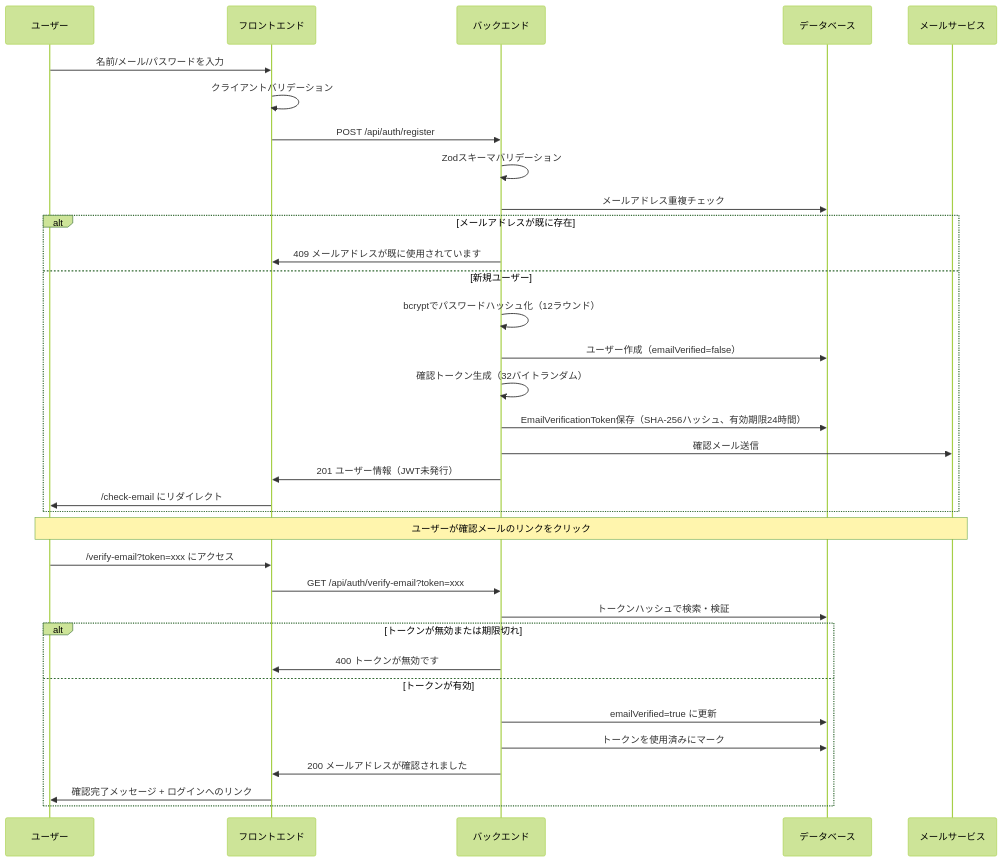
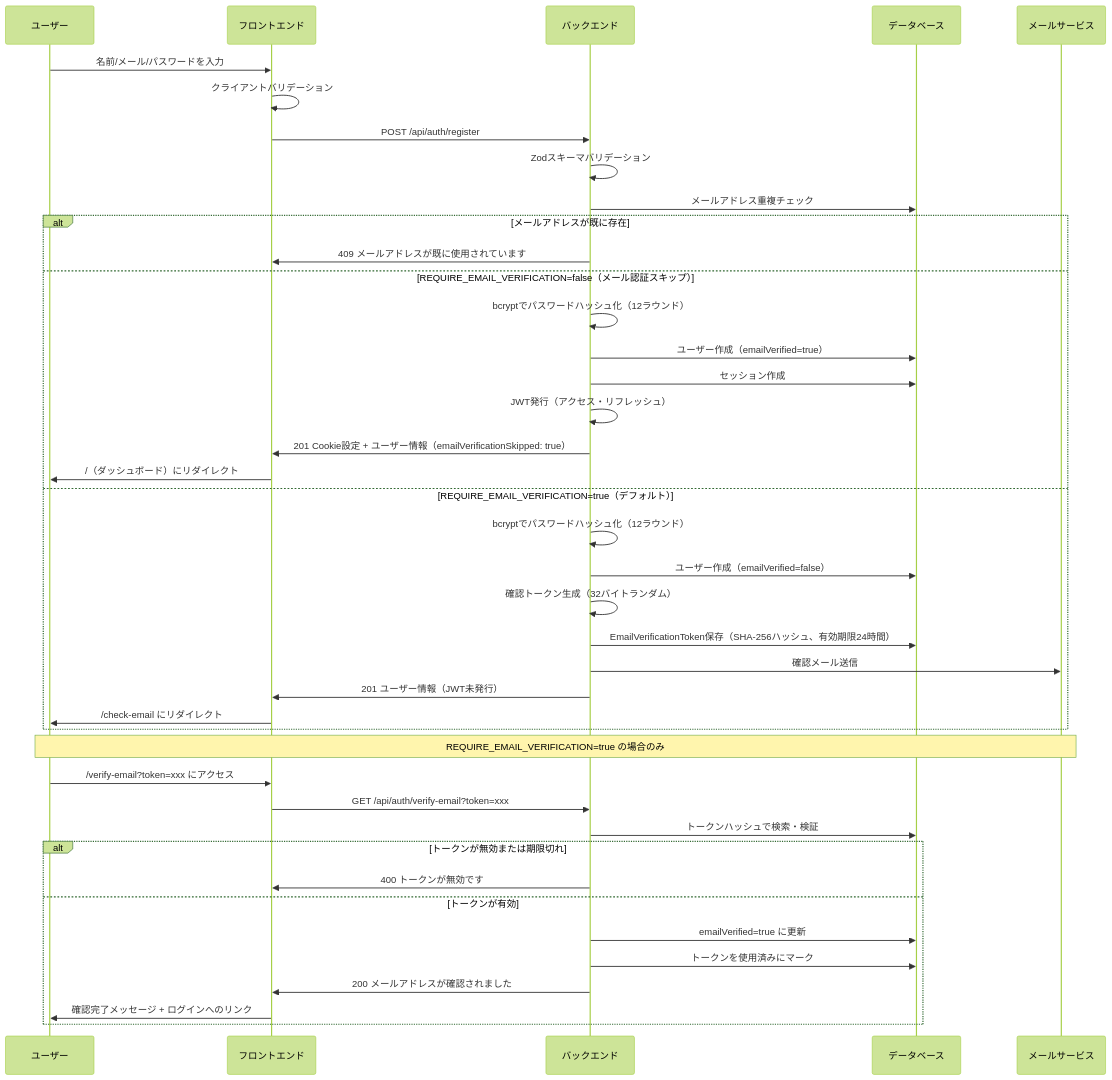
The second of 13 diagrams in docs/architecture/features/authentication.md (tsutsumi389/agentest), drawn with Mermaid (forest theme) before and after one commit. The commit also changed other lines of this file and 14 other files, not shown here.

First line of the commit message:
Add option to skip email verification (#239)

````diff
--- a/docs/architecture/features/authentication.md
+++ b/docs/architecture/features/authentication.md
@@ -245,39 +247,46 @@
 ```mermaid
 sequenceDiagram
     participant U as ユーザー
     participant F as フロントエンド
     participant B as バックエンド
     participant DB as データベース
     participant M as メールサービス
 
     U->>F: 名前/メール/パスワードを入力
     F->>F: クライアントバリデーション
     F->>B: POST /api/auth/register
     B->>B: Zodスキーマバリデーション
     B->>DB: メールアドレス重複チェック
     alt メールアドレスが既に存在
         B->>F: 409 メールアドレスが既に使用されています
-    else 新規ユーザー
+    else REQUIRE_EMAIL_VERIFICATION=false（メール認証スキップ）
+        B->>B: bcryptでパスワードハッシュ化（12ラウンド）
+        B->>DB: ユーザー作成（emailVerified=true）
+        B->>DB: セッション作成
+        B->>B: JWT発行（アクセス・リフレッシュ）
+        B->>F: 201 Cookie設定 + ユーザー情報（emailVerificationSkipped: true）
+        F->>U: /（ダッシュボード）にリダイレクト
+    else REQUIRE_EMAIL_VERIFICATION=true（デフォルト）
         B->>B: bcryptでパスワードハッシュ化（12ラウンド）
         B->>DB: ユーザー作成（emailVerified=false）
         B->>B: 確認トークン生成（32バイトランダム）
         B->>DB: EmailVerificationToken保存（SHA-256ハッシュ、有効期限24時間）
         B->>M: 確認メール送信
         B->>F: 201 ユーザー情報（JWT未発行）
         F->>U: /check-email にリダイレクト
     end
 
-    Note over U,M: ユーザーが確認メールのリンクをクリック
+    Note over U,M: REQUIRE_EMAIL_VERIFICATION=true の場合のみ
 
     U->>F: /verify-email?token=xxx にアクセス
     F->>B: GET /api/auth/verify-email?token=xxx
     B->>DB: トークンハッシュで検索・検証
     alt トークンが無効または期限切れ
         B->>F: 400 トークンが無効です
     else トークンが有効
         B->>DB: emailVerified=true に更新
         B->>DB: トークンを使用済みにマーク
         B->>F: 200 メールアドレスが確認されました
         F->>U: 確認完了メッセージ + ログインへのリンク
     end
 ```
````
